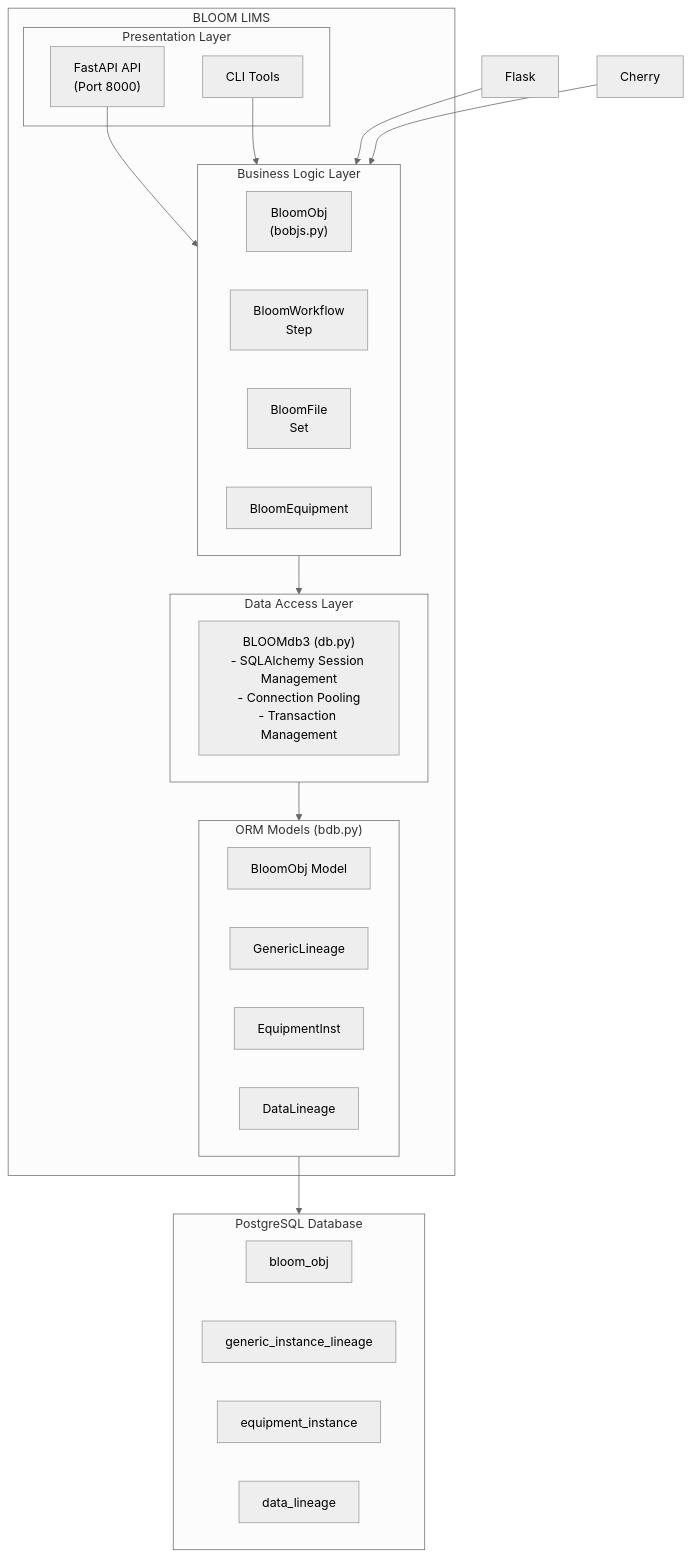
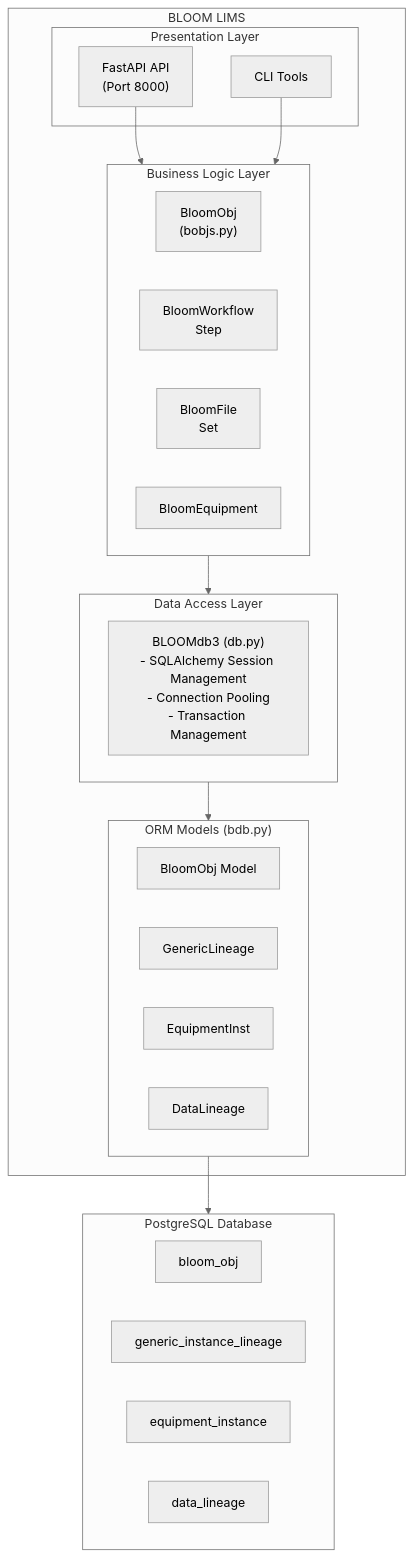
One commit to Daylily-Informatics/bloom changed the first of 2 diagrams in README.md. Above: the diagram before and after it, drawn with Mermaid (neutral theme). The commit also changed other lines of this file, not shown here.

First line of the commit message:
Update README to remove Flask and CherryPy references

````diff
--- a/README.md
+++ b/README.md
@@ -193,42 +193,40 @@
 ```mermaid
 flowchart TB
     subgraph BLOOM["BLOOM LIMS"]
         subgraph Presentation["Presentation Layer"]
             FastAPI["FastAPI API<br/>(Port 8000)"]
             CLI["CLI Tools"]
         end
 
         subgraph Business["Business Logic Layer"]
             BloomObj["BloomObj<br/>(bobjs.py)"]
             BloomWF["BloomWorkflow<br/>Step"]
             BloomFile["BloomFile<br/>Set"]
             BloomEquip["BloomEquipment"]
         end
 
         subgraph DataAccess["Data Access Layer"]
             BLOOMdb3["BLOOMdb3 (db.py)<br/>- SQLAlchemy Session Management<br/>- Connection Pooling<br/>- Transaction Management"]
         end
 
         subgraph ORM["ORM Models (bdb.py)"]
             BloomObjModel["BloomObj Model"]
             GenericLineage["GenericLineage"]
             EquipmentInst["EquipmentInst"]
             DataLineage["DataLineage"]
         end
     end
 
     subgraph DB["PostgreSQL Database"]
         bloom_obj["bloom_obj"]
         generic_lineage["generic_instance_lineage"]
         equipment["equipment_instance"]
         data_lineage["data_lineage"]
     end
 
-    Flask --> Business
     FastAPI --> Business
-    Cherry --> Business
     CLI --> Business
     Business --> DataAccess
     DataAccess --> ORM
     ORM --> DB
 ```
````
